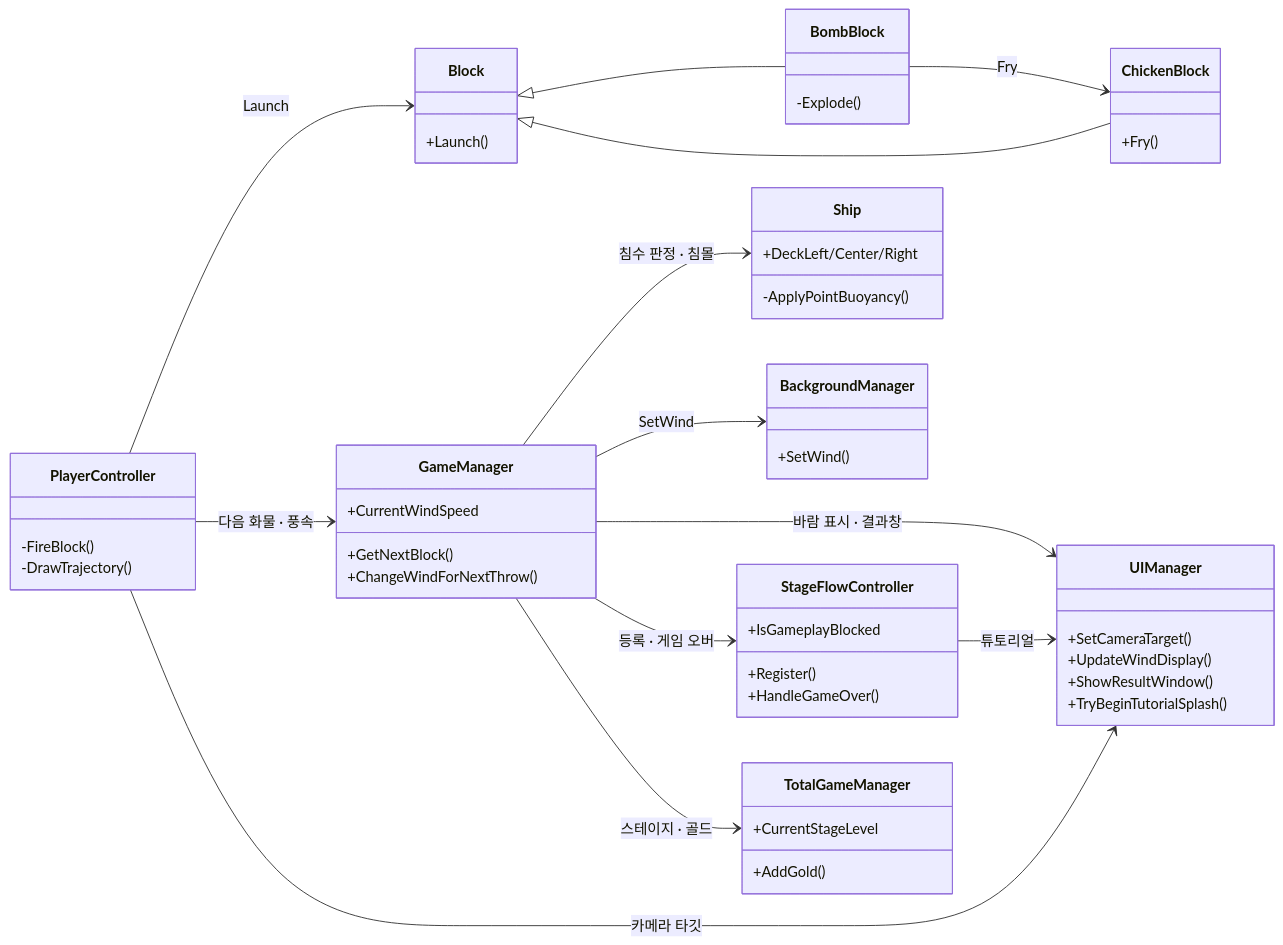
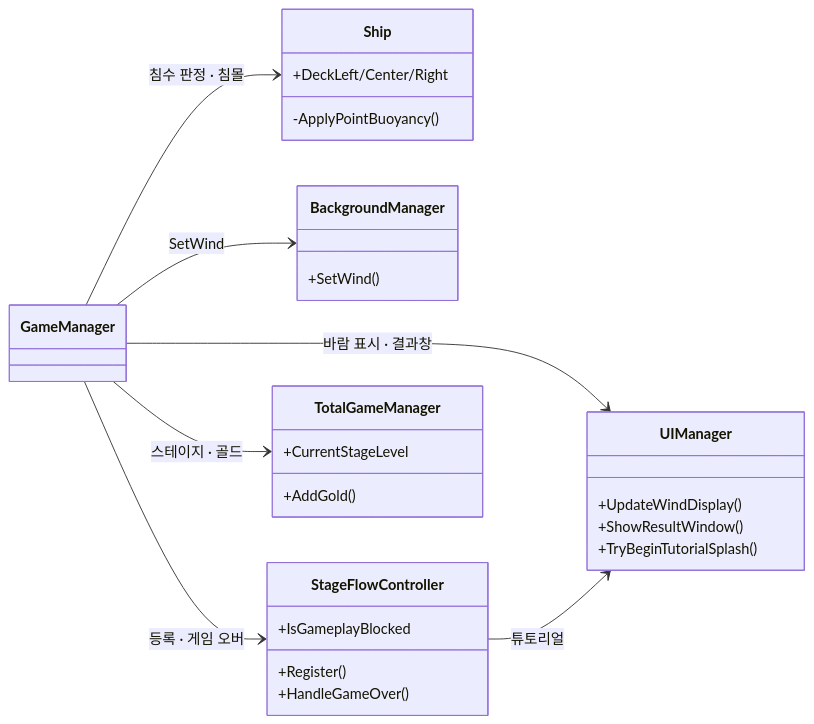
Before and after one commit to ashadeveloperr/ashadeveloperr.github.io: the second of 2 diagrams in src/2-project-babel/기술문서.md, drawn with Mermaid. The commit also changed 3 other files, not shown here.

Commit message:
SAIL OR SUNK 1.3 다이어그램 나누기, Desert Flavor 사실 정정 반영

````diff
--- a/src/2-project-babel/기술문서.md
+++ b/src/2-project-babel/기술문서.md
@@ -40,65 +80,36 @@
 ```mermaid
 classDiagram
   direction LR
-  Block <|-- BombBlock
-  Block <|-- ChickenBlock
-  %% PlayerController.cs 158
-  PlayerController --> Block : Launch
-  %% PlayerController.cs 168, 212
-  PlayerController --> GameManager : 다음 화물 · 풍속
-  %% PlayerController.cs 113, 159, 204
-  PlayerController --> UIManager : 카메라 타깃
   %% GameManager.cs 321, 557
   GameManager --> Ship : 침수 판정 · 침몰
   %% GameManager.cs 198
   GameManager --> BackgroundManager : SetWind
   %% GameManager.cs 203, 507
   GameManager --> UIManager : 바람 표시 · 결과창
   %% GameManager.cs 112, 407
   GameManager --> StageFlowController : 등록 · 게임 오버
   GameManager --> TotalGameManager : 스테이지 · 골드
   %% StageFlowController.cs 103
   StageFlowController --> UIManager : 튜토리얼
-  %% BombBlock.cs 230
-  BombBlock --> ChickenBlock : Fry
-  class PlayerController {
-    -FireBlock()
-    -DrawTrajectory()
-  }
-  class Block {
-    +Launch()
-  }
-  class BombBlock {
-    -Explode()
-  }
-  class ChickenBlock {
-    +Fry()
-  }
-  class GameManager {
-    +CurrentWindSpeed
-    +GetNextBlock()
-    +ChangeWindForNextThrow()
-  }
   class Ship {
     +DeckLeft/Center/Right
     -ApplyPointBuoyancy()
   }
   class BackgroundManager {
     +SetWind()
   }
   class UIManager {
-    +SetCameraTarget()
     +UpdateWindDisplay()
     +ShowResultWindow()
     +TryBeginTutorialSplash()
   }
   class StageFlowController {
     +IsGameplayBlocked
     +Register()
     +HandleGameOver()
   }
   class TotalGameManager {
     +CurrentStageLevel
     +AddGold()
   }
 ```
````
